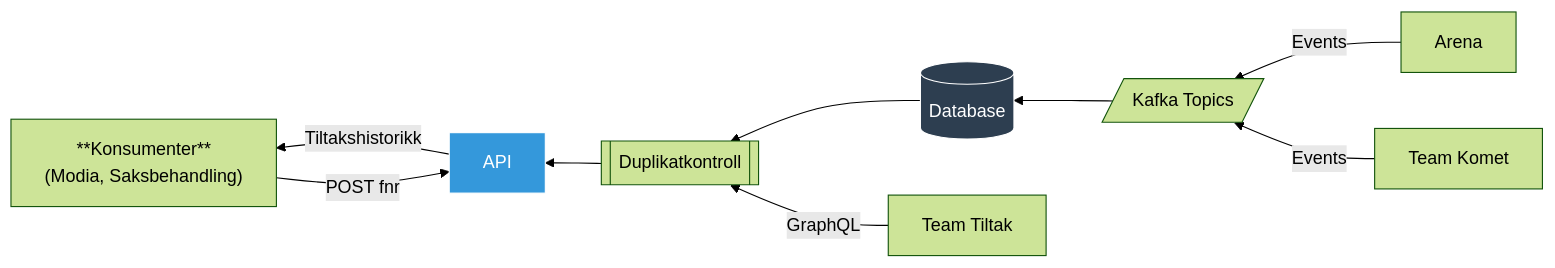
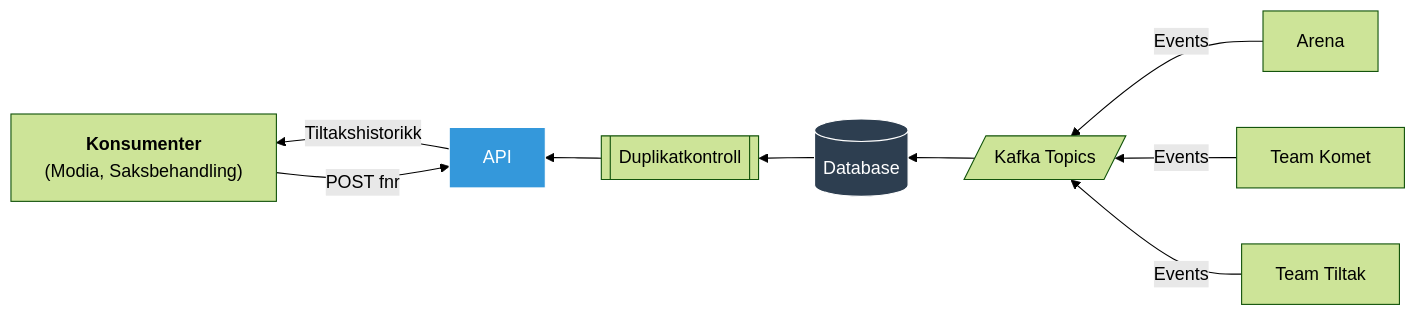
The diagram in mulighetsrommet-tiltakshistorikk/README.md (navikt/mulighetsrommet), drawn with Mermaid (forest theme) before and after one commit. The commit also changed other lines of this file and 15 other files, not shown here.

````diff
--- a/mulighetsrommet-tiltakshistorikk/README.md
+++ b/mulighetsrommet-tiltakshistorikk/README.md
@@ -104,24 +99,24 @@
 ```mermaid
 flowchart RL
     Arena[Arena]
     Komet[Team Komet]
     TeamTiltak[Team Tiltak]
     Kafka[/Kafka Topics/]
     DB[(Database)]
     Duplikatkontroll[[Duplikatkontroll]]
     API[API]
-    Konsumenter["**Konsumenter**
+    Konsumenter["<b>Konsumenter</b>
     (Modia, Saksbehandling)"]
-    Konsumenter -->|POST fnr| API
+Konsumenter -->|POST fnr| API
 
-    API --> |Tiltakshistorikk| Konsumenter
-    Arena -->|Events| Kafka
-    Komet -->|Events| Kafka
-    Kafka --> DB
-    DB --> Duplikatkontroll
-    TeamTiltak -->|GraphQL| Duplikatkontroll
-    Duplikatkontroll --> API
+API --> |Tiltakshistorikk| Konsumenter
+Arena -->|Events| Kafka
+Komet -->|Events| Kafka
+TeamTiltak -->|Events| Kafka
+Kafka --> DB
+DB --> Duplikatkontroll
+Duplikatkontroll --> API
 
-    style DB fill:#2d3e50,stroke:#fff,color:#fff
-    style API fill:#3498db,stroke:#fff,color:#fff
+style DB fill:#2d3e50,stroke:#fff,color:#fff
+style API fill:#3498db,stroke:#fff,color:#fff
 ```
````
